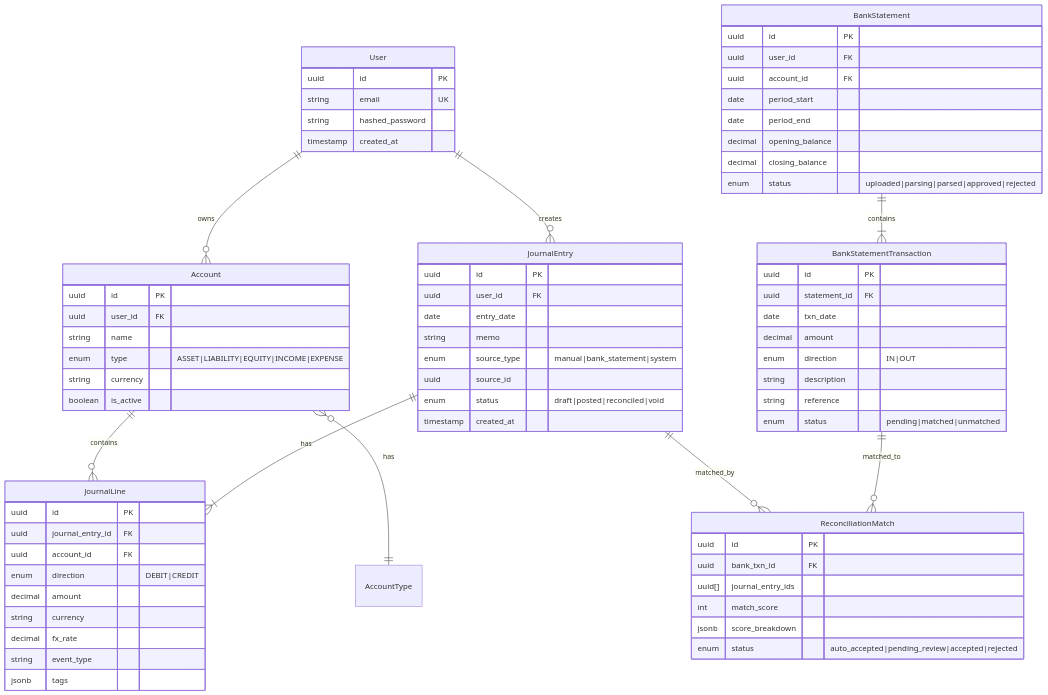
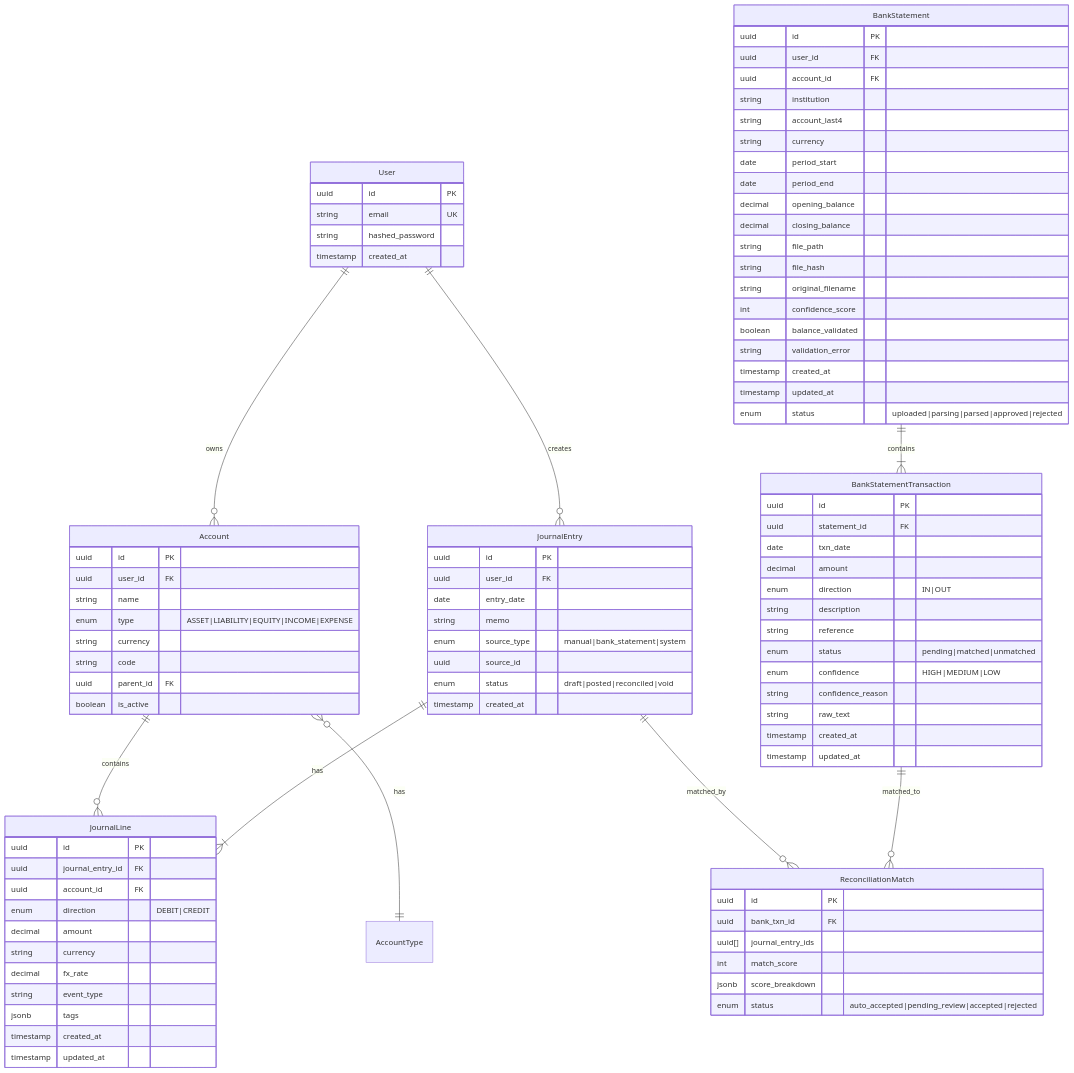
Before and after one commit to wangzitian0/finance_report: the diagram in docs/ssot/schema.md, drawn with Mermaid. The commit also changed other lines of this file and 38 other files, not shown here.

```diff
--- a/docs/ssot/schema.md
+++ b/docs/ssot/schema.md
@@ -44,6 +44,8 @@
         string name
         enum type "ASSET|LIABILITY|EQUITY|INCOME|EXPENSE"
         string currency
+        string code
+        uuid parent_id FK
         boolean is_active
     }
     
@@ -68,16 +70,29 @@
         decimal fx_rate
         string event_type
         jsonb tags
+        timestamp created_at
+        timestamp updated_at
     }
     
     BankStatement {
         uuid id PK
         uuid user_id FK
         uuid account_id FK
+        string institution
+        string account_last4
+        string currency
         date period_start
         date period_end
         decimal opening_balance
         decimal closing_balance
+        string file_path
+        string file_hash
+        string original_filename
+        int confidence_score
+        boolean balance_validated
+        string validation_error
+        timestamp created_at
+        timestamp updated_at
         enum status "uploaded|parsing|parsed|approved|rejected"
     }
     
@@ -90,6 +105,11 @@
         string description
         string reference
         enum status "pending|matched|unmatched"
+        enum confidence "HIGH|MEDIUM|LOW"
+        string confidence_reason
+        string raw_text
+        timestamp created_at
+        timestamp updated_at
     }
     
     ReconciliationMatch {
```
